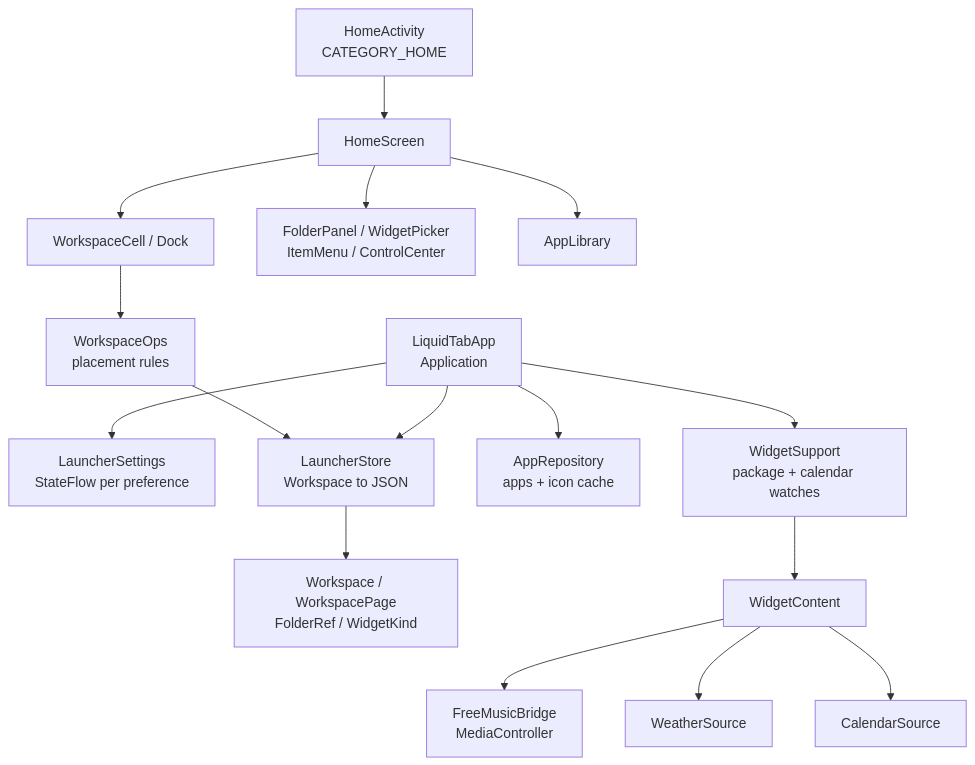
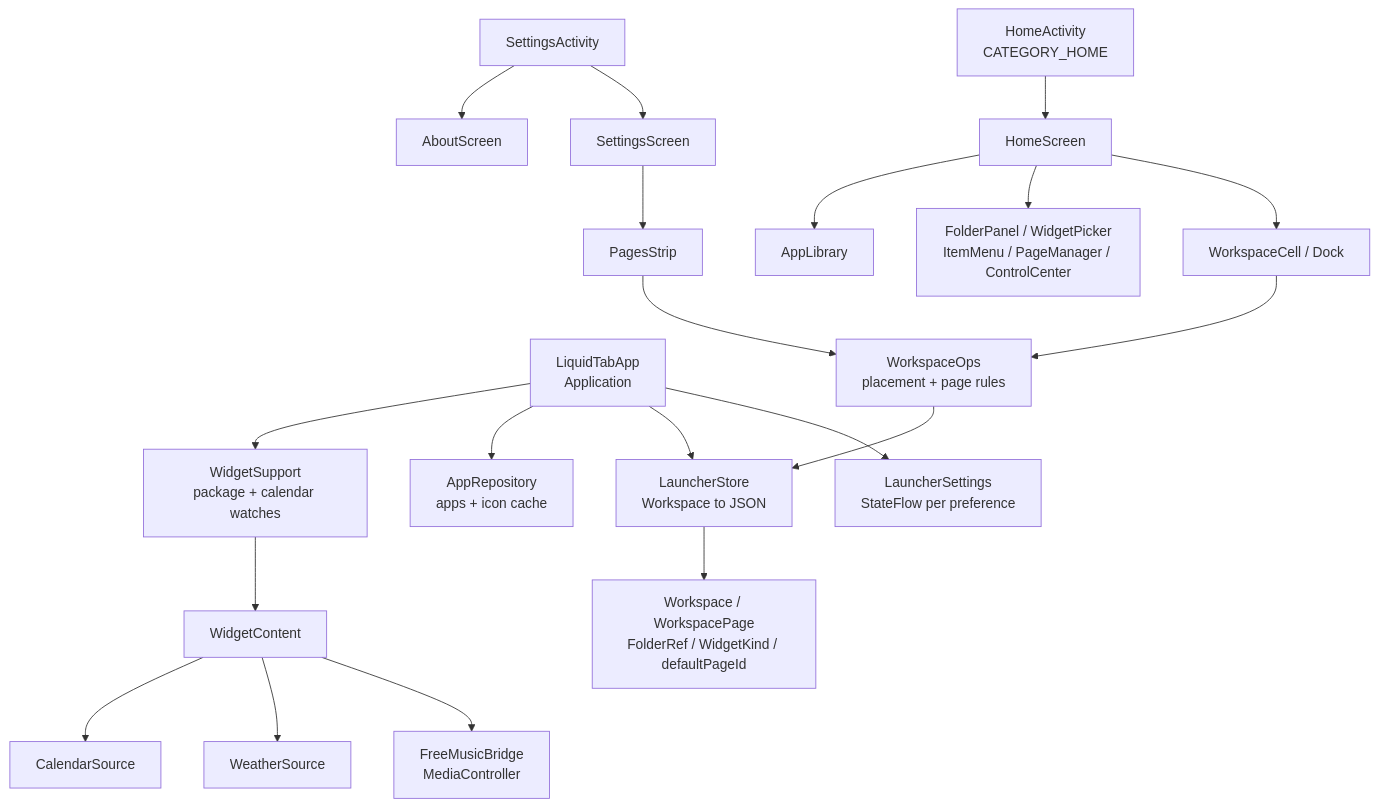
The diagram in README.md (ihimanshunayak/LiquidTabLauncher), drawn with Mermaid before and after one commit. The commit also changed other lines of this file and 22 other files, not shown here.

````diff
--- a/README.md
+++ b/README.md
@@ -11,21 +11,26 @@
 ```mermaid
 graph TD
     App["LiquidTabApp<br/>Application"] --> Settings["LauncherSettings<br/>StateFlow per preference"]
     App --> Store["LauncherStore<br/>Workspace to JSON"]
     App --> Repo["AppRepository<br/>apps + icon cache"]
     App --> Widgets["WidgetSupport<br/>package + calendar watches"]
 
     Home["HomeActivity<br/>CATEGORY_HOME"] --> HomeScreen["HomeScreen"]
     HomeScreen --> Cells["WorkspaceCell / Dock"]
-    HomeScreen --> Panels["FolderPanel / WidgetPicker<br/>ItemMenu / ControlCenter"]
+    HomeScreen --> Panels["FolderPanel / WidgetPicker<br/>ItemMenu / PageManager / ControlCenter"]
     HomeScreen --> Library["AppLibrary"]
 
-    Cells --> Ops["WorkspaceOps<br/>placement rules"]
+    Cells --> Ops["WorkspaceOps<br/>placement + page rules"]
     Ops --> Store
-    Store --> Models["Workspace / WorkspacePage<br/>FolderRef / WidgetKind"]
+    Store --> Models["Workspace / WorkspacePage<br/>FolderRef / WidgetKind / defaultPageId"]
+
+    SettingsActivity["SettingsActivity"] --> SettingsScreen["SettingsScreen"]
+    SettingsActivity --> AboutScreen["AboutScreen"]
+    SettingsScreen --> PagesStrip["PagesStrip"]
+    PagesStrip --> Ops
 
     Widgets --> WidgetContent["WidgetContent"]
     WidgetContent --> Bridge["FreeMusicBridge<br/>MediaController"]
     WidgetContent --> Weather["WeatherSource"]
     WidgetContent --> Calendar["CalendarSource"]
 ```
````
